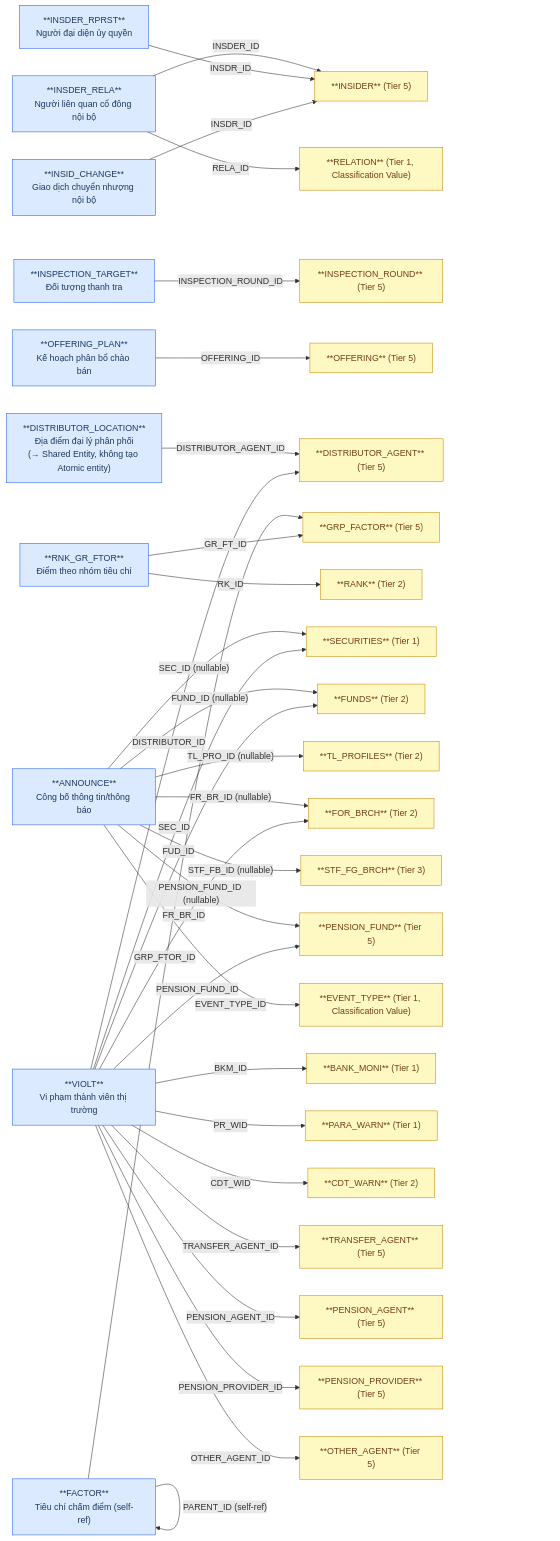
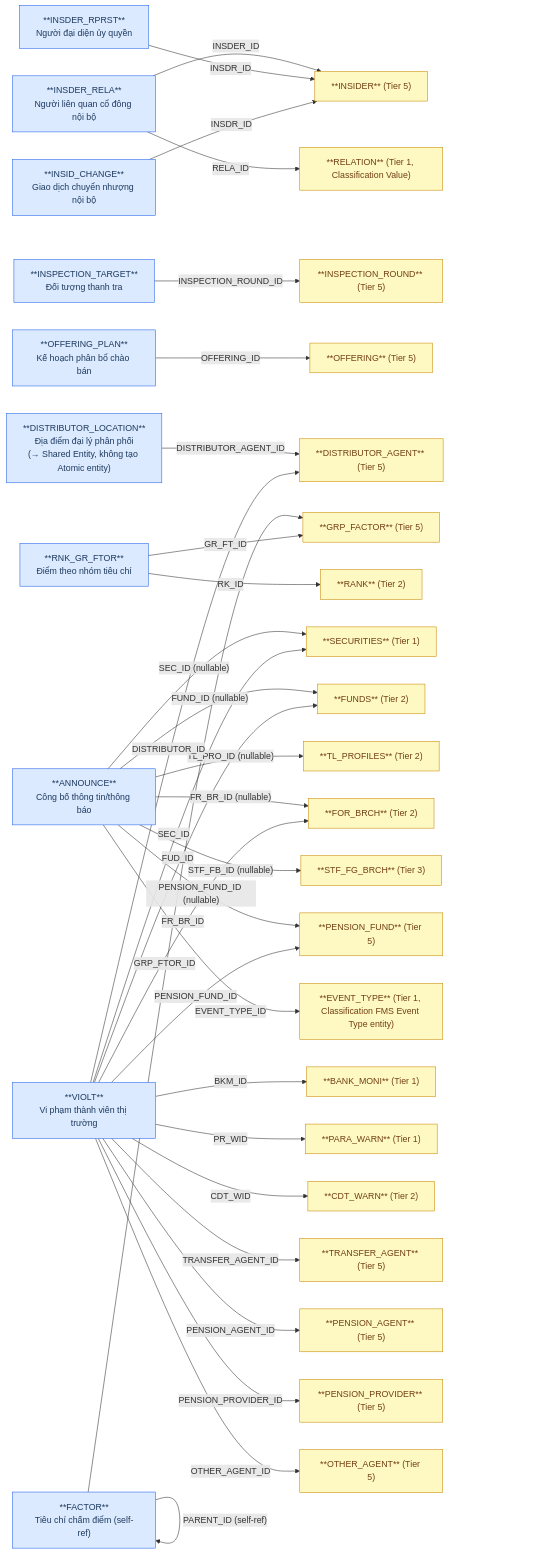
One commit to linhlvit/ubck_atomic_design changed the first of 2 diagrams in DataModel/working/Atomic/hld/FMS_HLD_Tier6.md. Above: the diagram before and after it, drawn with Mermaid. The commit also changed other lines of this file and 98 other files, not shown here.

````diff
--- a/DataModel/working/Atomic/hld/FMS_HLD_Tier6.md
+++ b/DataModel/working/Atomic/hld/FMS_HLD_Tier6.md
@@ -32,69 +32,69 @@
 ```mermaid
 graph LR
     classDef src fill:#dbeafe,stroke:#2563eb,color:#1e3a5f
     classDef outscope fill:#fef9c3,stroke:#ca8a04,color:#713f12
 
     INSDER_RELA["**INSDER_RELA**\nNgười liên quan cổ đông nội bộ"]:::src
     INSDER_RPRST["**INSDER_RPRST**\nNgười đại diện ủy quyền"]:::src
     INSID_CHANGE["**INSID_CHANGE**\nGiao dịch chuyển nhượng nội bộ"]:::src
     INSPECTION_TARGET["**INSPECTION_TARGET**\nĐối tượng thanh tra"]:::src
     OFFERING_PLAN["**OFFERING_PLAN**\nKế hoạch phân bổ chào bán"]:::src
     DISTRIBUTOR_LOCATION["**DISTRIBUTOR_LOCATION**\nĐịa điểm đại lý phân phối\n(→ Shared Entity, không tạo Atomic entity)"]:::src
     FACTOR["**FACTOR**\nTiêu chí chấm điểm (self-ref)"]:::src
     RNK_GR_FTOR["**RNK_GR_FTOR**\nĐiểm theo nhóm tiêu chí"]:::src
     ANNOUNCE["**ANNOUNCE**\nCông bố thông tin/thông báo"]:::src
     VIOLT["**VIOLT**\nVi phạm thành viên thị trường"]:::src
 
     FMC_INSIDER["**INSIDER** (Tier 5)"]:::outscope
     RELATION["**RELATION** (Tier 1, Classification Value)"]:::outscope
     INSPECTION_ROUND["**INSPECTION_ROUND** (Tier 5)"]:::outscope
     OFFERING["**OFFERING** (Tier 5)"]:::outscope
     DISTRIBUTOR_AGENT["**DISTRIBUTOR_AGENT** (Tier 5)"]:::outscope
     GRP_FACTOR["**GRP_FACTOR** (Tier 5)"]:::outscope
     RANK["**RANK** (Tier 2)"]:::outscope
     SECURITIES["**SECURITIES** (Tier 1)"]:::outscope
     FUNDS["**FUNDS** (Tier 2)"]:::outscope
     TL_PROFILES["**TL_PROFILES** (Tier 2)"]:::outscope
     FOR_BRCH["**FOR_BRCH** (Tier 2)"]:::outscope
     STF_FG_BRCH["**STF_FG_BRCH** (Tier 3)"]:::outscope
     PENSION_FUND["**PENSION_FUND** (Tier 5)"]:::outscope
-    EVENT_TYPE["**EVENT_TYPE** (Tier 1, Classification Value)"]:::outscope
+    EVENT_TYPE["**EVENT_TYPE** (Tier 1, Classification FMS Event Type entity)"]:::outscope
     BANK_MONI["**BANK_MONI** (Tier 1)"]:::outscope
     PARA_WARN["**PARA_WARN** (Tier 1)"]:::outscope
     CDT_WARN["**CDT_WARN** (Tier 2)"]:::outscope
     TRANSFER_AGENT["**TRANSFER_AGENT** (Tier 5)"]:::outscope
     PENSION_AGENT["**PENSION_AGENT** (Tier 5)"]:::outscope
     PENSION_PROVIDER["**PENSION_PROVIDER** (Tier 5)"]:::outscope
     OTHER_AGENT["**OTHER_AGENT** (Tier 5)"]:::outscope
 
     INSDER_RELA -->|"INSDER_ID"| FMC_INSIDER
     INSDER_RELA -->|"RELA_ID"| RELATION
     INSDER_RPRST -->|"INSDR_ID"| FMC_INSIDER
     INSID_CHANGE -->|"INSDR_ID"| FMC_INSIDER
     INSPECTION_TARGET -->|"INSPECTION_ROUND_ID"| INSPECTION_ROUND
     OFFERING_PLAN -->|"OFFERING_ID"| OFFERING
     DISTRIBUTOR_LOCATION -->|"DISTRIBUTOR_AGENT_ID"| DISTRIBUTOR_AGENT
     FACTOR -->|"GRP_FTOR_ID"| GRP_FACTOR
     FACTOR -->|"PARENT_ID (self-ref)"| FACTOR
     RNK_GR_FTOR -->|"RK_ID"| RANK
     RNK_GR_FTOR -->|"GR_FT_ID"| GRP_FACTOR
     ANNOUNCE -->|"SEC_ID (nullable)"| SECURITIES
     ANNOUNCE -->|"FUND_ID (nullable)"| FUNDS
     ANNOUNCE -->|"TL_PRO_ID (nullable)"| TL_PROFILES
     ANNOUNCE -->|"FR_BR_ID (nullable)"| FOR_BRCH
     ANNOUNCE -->|"STF_FB_ID (nullable)"| STF_FG_BRCH
     ANNOUNCE -->|"PENSION_FUND_ID (nullable)"| PENSION_FUND
     ANNOUNCE -->|"EVENT_TYPE_ID"| EVENT_TYPE
     VIOLT -->|"SEC_ID"| SECURITIES
     VIOLT -->|"FUD_ID"| FUNDS
     VIOLT -->|"BKM_ID"| BANK_MONI
     VIOLT -->|"FR_BR_ID"| FOR_BRCH
     VIOLT -->|"PR_WID"| PARA_WARN
     VIOLT -->|"CDT_WID"| CDT_WARN
     VIOLT -->|"DISTRIBUTOR_ID"| DISTRIBUTOR_AGENT
     VIOLT -->|"TRANSFER_AGENT_ID"| TRANSFER_AGENT
     VIOLT -->|"PENSION_AGENT_ID"| PENSION_AGENT
     VIOLT -->|"PENSION_PROVIDER_ID"| PENSION_PROVIDER
     VIOLT -->|"OTHER_AGENT_ID"| OTHER_AGENT
     VIOLT -->|"PENSION_FUND_ID"| PENSION_FUND
 ```
````
